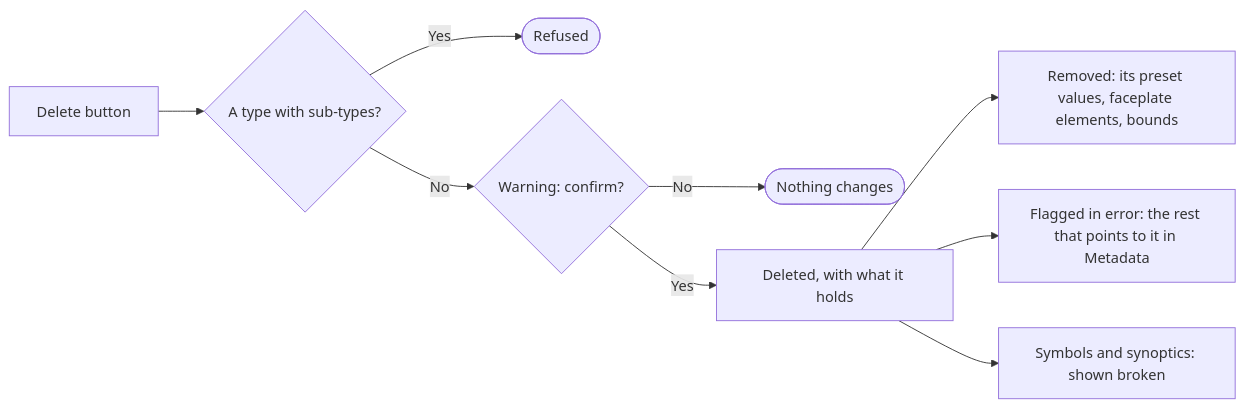
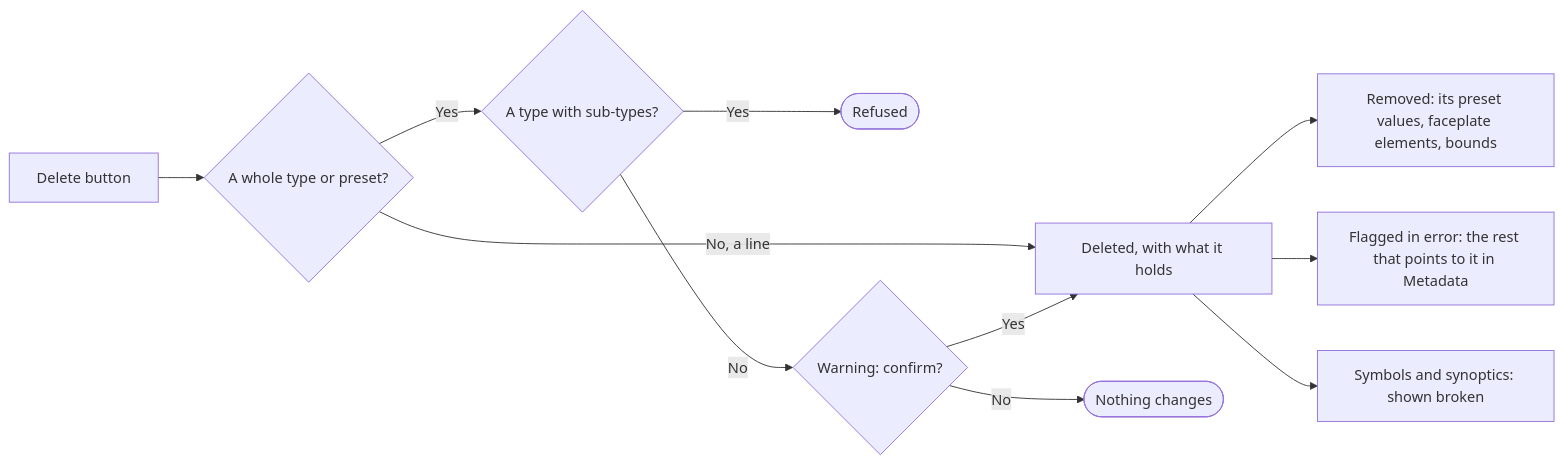
Before and after one commit to AlexandreGallais/synoptic-studio-spec: the diagram in metadata/deleting.md, drawn with Mermaid. The commit also changed other lines of this file and 15 other files, not shown here.

````diff
--- a/metadata/deleting.md
+++ b/metadata/deleting.md
@@ -32,11 +35,13 @@
 ```mermaid
 flowchart LR
-    B[Delete button] --> T{A type with sub-types?}
+    B[Delete button] --> Q{A whole type or preset?}
+    Q -- No, a line --> D[Deleted, with what it holds]
+    Q -- Yes --> T{A type with sub-types?}
     T -- Yes --> R([Refused])
     T -- No --> W{Warning: confirm?}
     W -- No --> K([Nothing changes])
-    W -- Yes --> D[Deleted, with what it holds]
+    W -- Yes --> D
     D --> P[Removed: its preset values, faceplate elements, bounds]
     D --> E[Flagged in error: the rest that points to it in Metadata]
     D --> S[Symbols and synoptics: shown broken]
 ```
````
